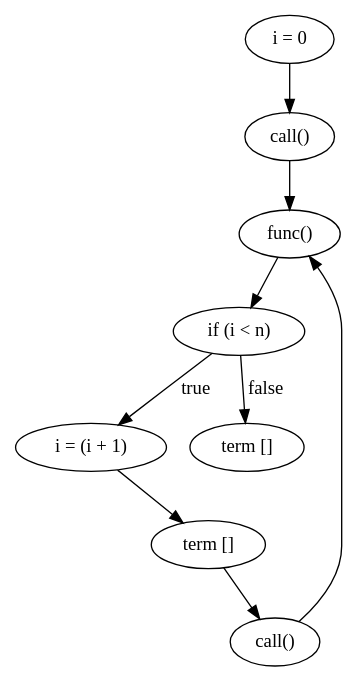
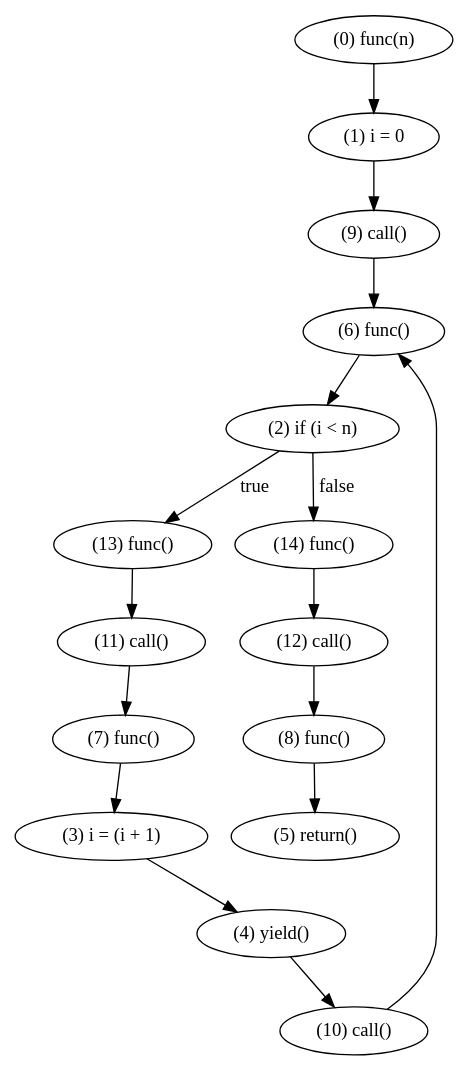
The diagram in insert_call.dot (WorldofKerry/ToHDL), drawn with Graphviz before and after one commit. The commit also changed 5 other files, not shown here.

```diff
--- a/insert_call.dot
+++ b/insert_call.dot
@@ -1,18 +1,32 @@
 digraph {
-    0 [ label = "i = 0" ]
-    1 [ label = "if (i < n)" ]
-    2 [ label = "i = (i + 1)" ]
-    3 [ label = "term []" ]
-    4 [ label = "term []" ]
-    5 [ label = "func()" ]
-    6 [ label = "call()" ]
-    7 [ label = "call()" ]
-    6 -> 5 [ label = "" ]
-    1 -> 2 [ label = "true" ]
-    2 -> 3 [ label = "" ]
-    5 -> 1 [ label = "" ]
-    1 -> 4 [ label = "false" ]
-    0 -> 6 [ label = "" ]
-    3 -> 7 [ label = "" ]
-    7 -> 5 [ label = "" ]
+    0 [ label = "(0) func(n)" ]
+    1 [ label = "(1) i = 0" ]
+    2 [ label = "(2) if (i < n)" ]
+    3 [ label = "(3) i = (i + 1)" ]
+    4 [ label = "(4) yield()" ]
+    5 [ label = "(5) return()" ]
+    6 [ label = "(6) func()" ]
+    7 [ label = "(7) func()" ]
+    8 [ label = "(8) func()" ]
+    9 [ label = "(9) call()" ]
+    10 [ label = "(10) call()" ]
+    11 [ label = "(11) call()" ]
+    12 [ label = "(12) call()" ]
+    13 [ label = "(13) func()" ]
+    14 [ label = "(14) func()" ]
+    0 -> 1 [ label = "" ]
+    1 -> 9 [ label = "" ]
+    2 -> 14 [ label = "false" ]
+    2 -> 13 [ label = "true" ]
+    3 -> 4 [ label = "" ]
+    4 -> 10 [ label = "" ]
+    6 -> 2 [ label = "" ]
+    7 -> 3 [ label = "" ]
+    8 -> 5 [ label = "" ]
+    9 -> 6 [ label = "" ]
+    10 -> 6 [ label = "" ]
+    11 -> 7 [ label = "" ]
+    12 -> 8 [ label = "" ]
+    13 -> 11 [ label = "" ]
+    14 -> 12 [ label = "" ]
 }
```
